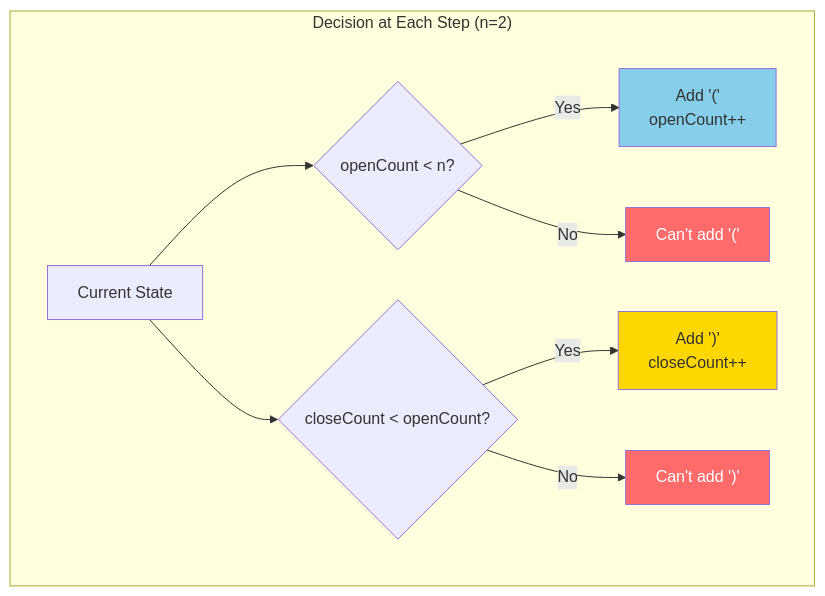
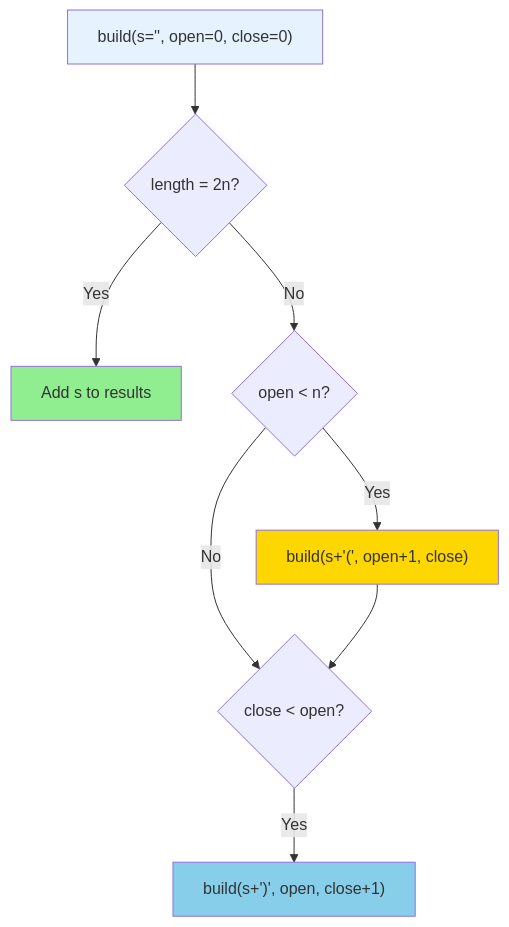
Before and after one commit to snesjhon/snesjhon: the first of 4 diagrams in ysk/study-guides/022-generate-parentheses/study-guide.md, drawn with Mermaid. The commit also changed other lines of this file and 26 other files, not shown here.

````diff
--- a/ysk/study-guides/022-generate-parentheses/study-guide.md
+++ b/ysk/study-guides/022-generate-parentheses/study-guide.md
@@ -359,26 +22,23 @@
 ```mermaid
 graph TD
-    subgraph "Decision at Each Step (n=2)"
-        State["Current State"]
+    Start["build(s='', open=0, close=0)"]
+    Check{"length = 2n?"}
+    Save["Add s to results"]
+    TryOpen{"open < n?"}
+    TryClose{"close < open?"}
+    RecurseOpen["build(s+'(', open+1, close)"]
+    RecurseClose["build(s+')', open, close+1)"]
 
-        Check1{"openCount < n?"}
-        Check2{"closeCount < openCount?"}
+    Start --> Check
+    Check -->|Yes| Save
+    Check -->|No| TryOpen
+    TryOpen -->|Yes| RecurseOpen
+    TryOpen -->|No| TryClose
+    RecurseOpen --> TryClose
+    TryClose -->|Yes| RecurseClose
 
-        AddOpen["Add '('<br/>openCount++"]
-        AddClose["Add ')'<br/>closeCount++"]
-
-        State --> Check1
-        State --> Check2
-
-        Check1 -->|"Yes"| AddOpen
-        Check1 -->|"No"| Skip1["Can't add '('"]
-
-        Check2 -->|"Yes"| AddClose
-        Check2 -->|"No"| Skip2["Can't add ')'"]
-    end
-
-    style AddOpen fill:#87CEEB
-    style AddClose fill:#FFD700
-    style Skip1 fill:#ff6b6b,color:#fff
-    style Skip2 fill:#ff6b6b,color:#fff
+    style Start fill:#e6f3ff
+    style Save fill:#90EE90
+    style RecurseOpen fill:#FFD700
+    style RecurseClose fill:#87CEEB
 ```
````
